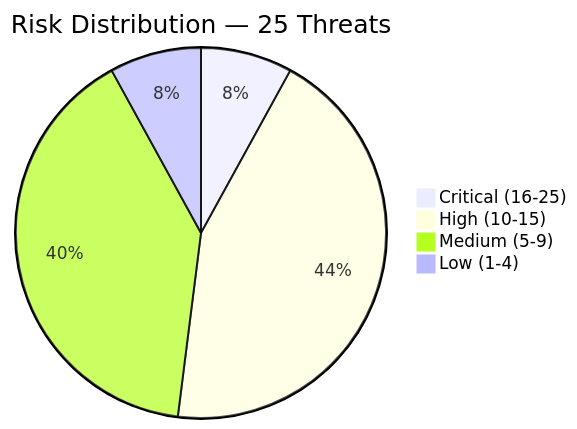
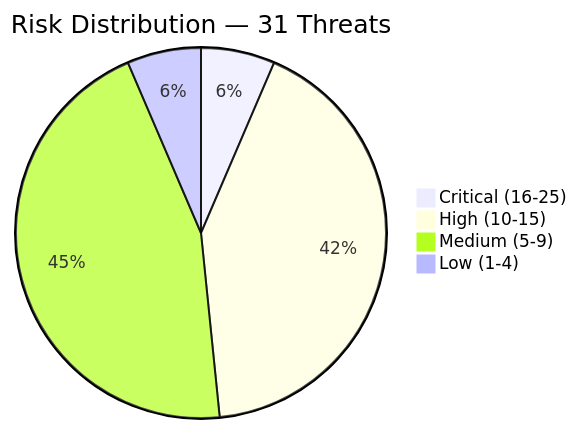
One commit to AurelienKumarathas/Complete-threat-model-for-healthcare-application changed the diagram in reports/analyses/risk-register.md. Above: the diagram before and after it, drawn with Mermaid. The commit also changed other lines of this file, not shown here.

First line of the commit message:
fix: expand risk register from 25 to 31 threats

````diff
--- a/reports/analyses/risk-register.md
+++ b/reports/analyses/risk-register.md
@@ -214,7 +220,7 @@
 ```mermaid
-pie title Risk Distribution — 25 Threats
+pie title Risk Distribution — 31 Threats
     "Critical (16-25)" : 2
-    "High (10-15)" : 11
-    "Medium (5-9)" : 10
+    "High (10-15)" : 13
+    "Medium (5-9)" : 14
     "Low (1-4)" : 2
 ```
````
